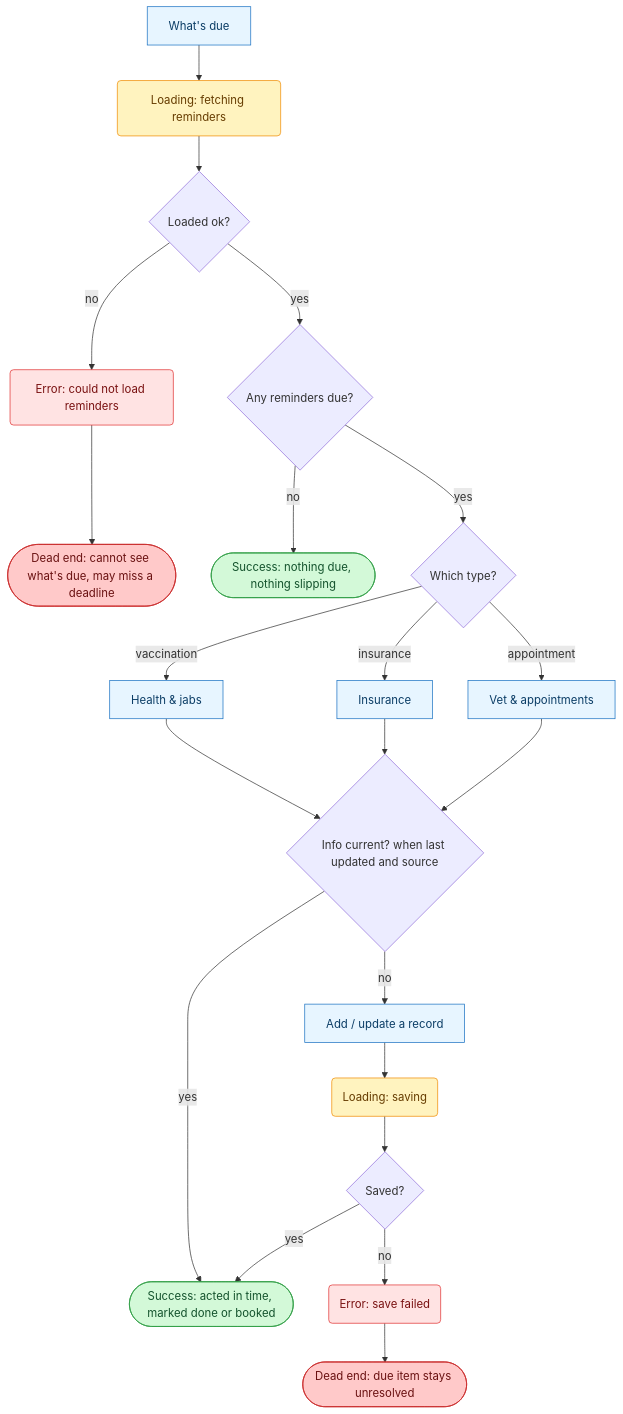
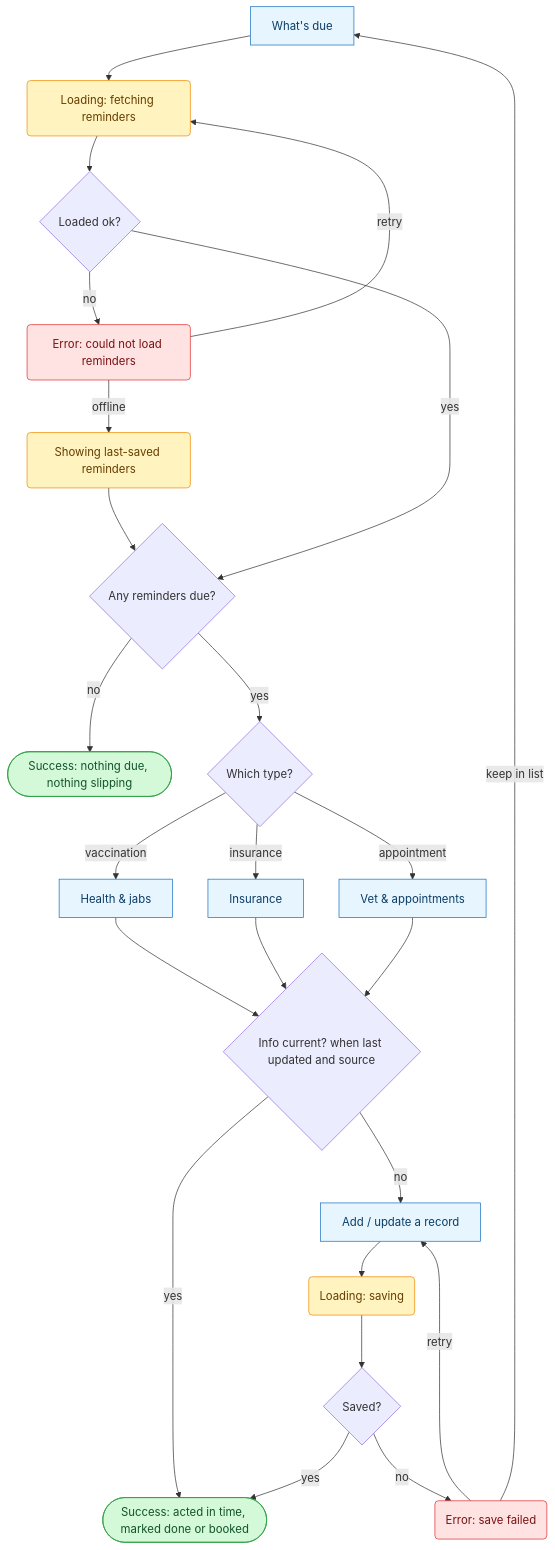
The third of 4 diagrams in research/flows.md (anaferens/pet-pal), drawn with Mermaid before and after one commit. The commit also changed other lines of this file and 2 other files, not shown here.

First line of the commit message:
Apply sitemap/flows critique fixes; add critique doc

````diff
--- a/research/flows.md
+++ b/research/flows.md
@@ -116,34 +138,36 @@
 ```mermaid
 flowchart TD
   Whats["What's due"] --> Load("Loading: fetching reminders")
   Load --> Q0{"Loaded ok?"}
   Q0 -->|no| Err("Error: could not load reminders")
-  Err --> DeadLoad(["Dead end: cannot see what's due, may miss a deadline"])
+  Err -->|retry| Load
+  Err -->|offline| Cached("Showing last-saved reminders")
+  Cached --> Q1
   Q0 -->|yes| Q1{"Any reminders due?"}
   Q1 -->|no| EmptyDone(["Success: nothing due, nothing slipping"])
   Q1 -->|yes| Q2{"Which type?"}
   Q2 -->|vaccination| Health["Health & jabs"]
   Q2 -->|insurance| Insurance["Insurance"]
   Q2 -->|appointment| Vet["Vet & appointments"]
   Health --> Q3{"Info current? when last updated and source"}
   Insurance --> Q3
   Vet --> Q3
   Q3 -->|yes| Acted(["Success: acted in time, marked done or booked"])
   Q3 -->|no| AddRec["Add / update a record"]
   AddRec --> SaveLoad("Loading: saving")
   SaveLoad --> Q4{"Saved?"}
   Q4 -->|no| SaveErr("Error: save failed")
-  SaveErr --> DeadSave(["Dead end: due item stays unresolved"])
+  SaveErr -->|retry| AddRec
+  SaveErr -->|keep in list| Whats
   Q4 -->|yes| Acted
 
   classDef screen fill:#e7f5ff,stroke:#1971c2,color:#0b3d66;
   classDef state fill:#fff3bf,stroke:#f08c00,color:#663c00;
   classDef error fill:#ffe3e3,stroke:#e03131,color:#7a1212;
   classDef success fill:#d3f9d8,stroke:#2f9e44,color:#14532d;
-  classDef deadend fill:#ffc9c9,stroke:#c92a2a,color:#6a1212;
+  classDef soft fill:#ffe8cc,stroke:#e8590c,color:#7a3000;
   class Whats,Health,Insurance,Vet,AddRec screen;
-  class Load,SaveLoad state;
+  class Load,SaveLoad,Cached state;
   class Err,SaveErr error;
   class EmptyDone,Acted success;
-  class DeadLoad,DeadSave deadend;
 ```
````
